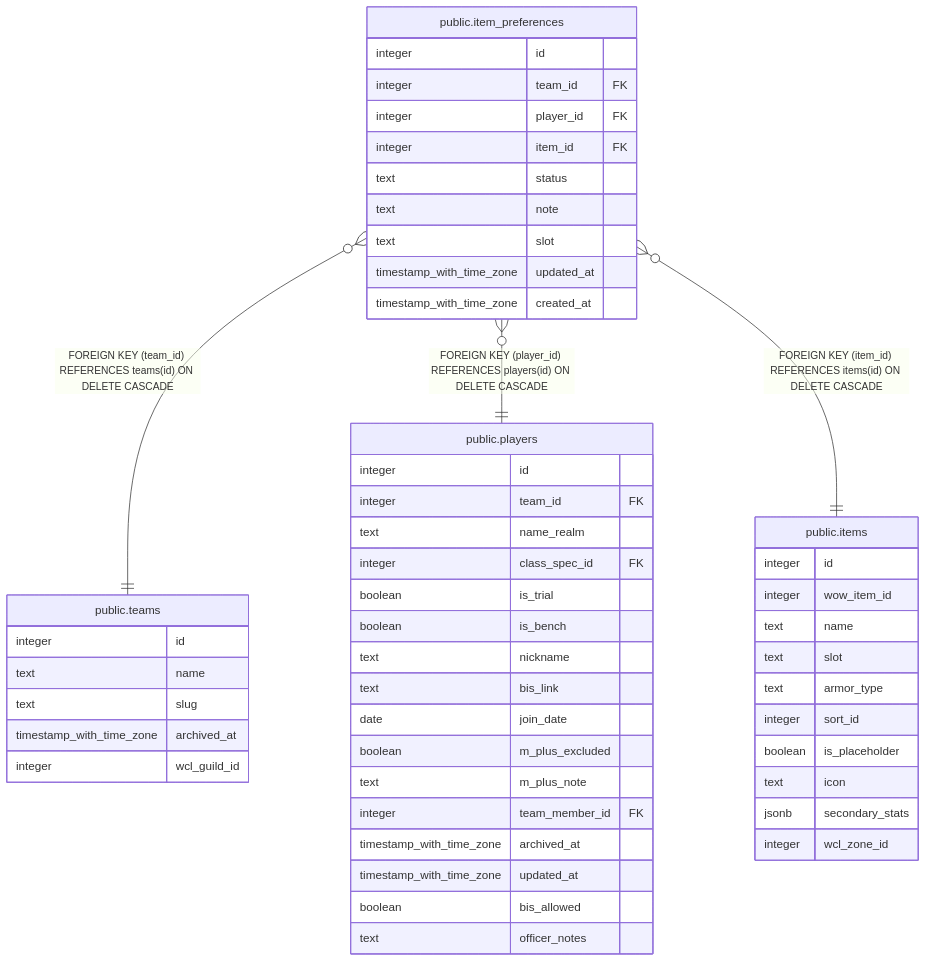
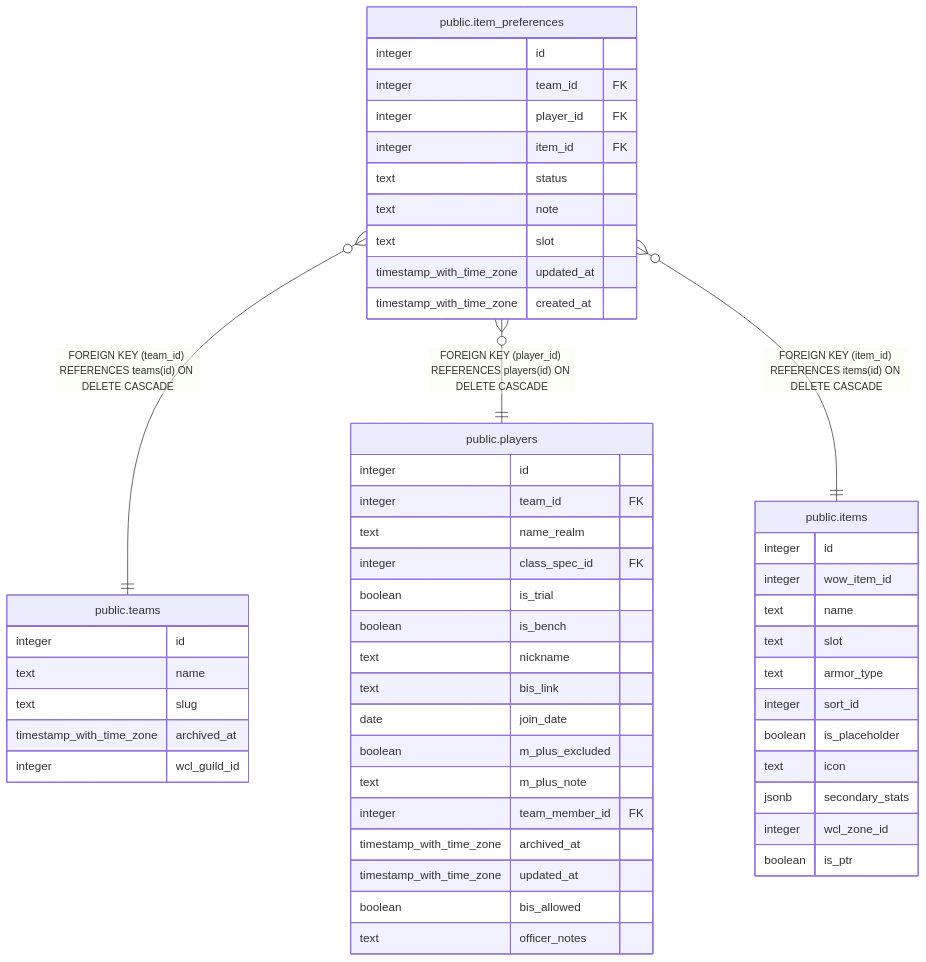
Before and after one commit to katogaming88/WGA-Raid-Hub: the diagram in dbdoc/public.item_preferences.md, drawn with Mermaid. The commit also changed 23 other files, not shown here.

````diff
--- a/dbdoc/public.item_preferences.md
+++ b/dbdoc/public.item_preferences.md
@@ -43,56 +43,57 @@
 ```mermaid
 erDiagram
 
 "public.item_preferences" }o--|| "public.teams" : "FOREIGN KEY (team_id) REFERENCES teams(id) ON DELETE CASCADE"
 "public.item_preferences" }o--|| "public.players" : "FOREIGN KEY (player_id) REFERENCES players(id) ON DELETE CASCADE"
 "public.item_preferences" }o--|| "public.items" : "FOREIGN KEY (item_id) REFERENCES items(id) ON DELETE CASCADE"
 
 "public.item_preferences" {
   integer id
   integer team_id FK
   integer player_id FK
   integer item_id FK
   text status
   text note
   text slot
   timestamp_with_time_zone updated_at
   timestamp_with_time_zone created_at
 }
 "public.teams" {
   integer id
   text name
   text slug
   timestamp_with_time_zone archived_at
   integer wcl_guild_id
 }
 "public.players" {
   integer id
   integer team_id FK
   text name_realm
   integer class_spec_id FK
   boolean is_trial
   boolean is_bench
   text nickname
   text bis_link
   date join_date
   boolean m_plus_excluded
   text m_plus_note
   integer team_member_id FK
   timestamp_with_time_zone archived_at
   timestamp_with_time_zone updated_at
   boolean bis_allowed
   text officer_notes
 }
 "public.items" {
   integer id
   integer wow_item_id
   text name
   text slot
   text armor_type
   integer sort_id
   boolean is_placeholder
   text icon
   jsonb secondary_stats
   integer wcl_zone_id
+  boolean is_ptr
 }
 ```
````
